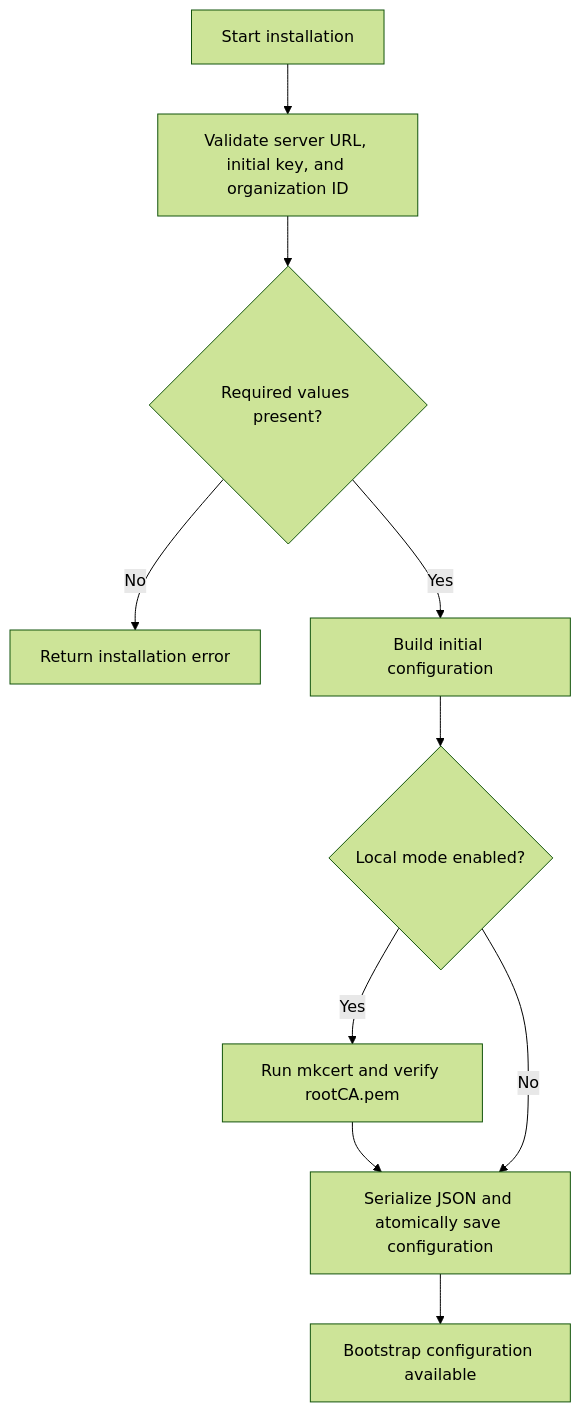
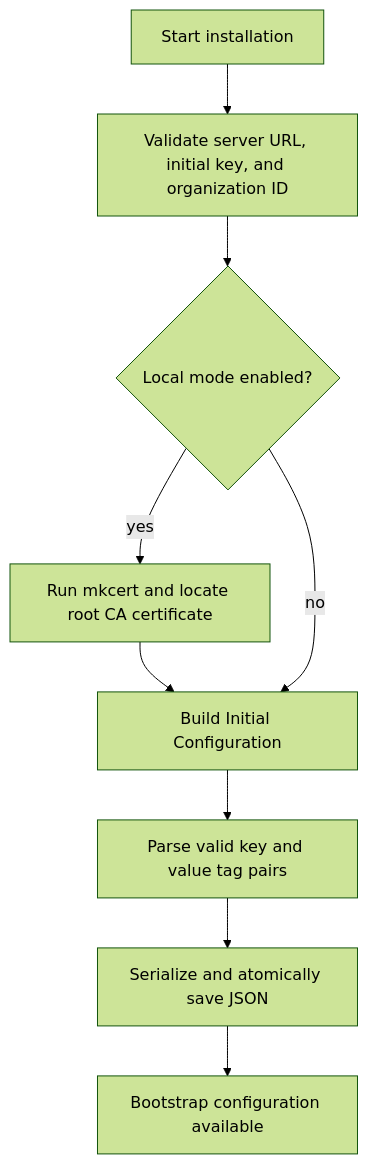
The second of 4 diagrams in docs/reference/architecture/openframe-client-core/model-initial-config/model-initial-config.md (flamingo-stack/openframe-oss-tenant), drawn with Mermaid (forest theme) before and after one commit. The commit also changed other lines of this file and 2377 other files, not shown here.

````diff
--- a/docs/reference/architecture/openframe-client-core/model-initial-config/model-initial-config.md
+++ b/docs/reference/architecture/openframe-client-core/model-initial-config/model-initial-config.md
@@ -71,12 +65,11 @@
 ```mermaid
 flowchart TD
     Start["Start installation"] --> Validate["Validate server URL, initial key, and organization ID"]
-    Validate --> Valid{"Required values present?"}
-    Valid -->|"No"| Failure["Return installation error"]
-    Valid -->|"Yes"| Build["Build initial configuration"]
-    Build --> LocalMode{"Local mode enabled?"}
-    LocalMode -->|"Yes"| Mkcert["Run mkcert and verify rootCA.pem"]
-    Mkcert --> Save["Serialize JSON and atomically save configuration"]
-    LocalMode -->|"No"| Save
-    Save --> Complete["Bootstrap configuration available"]
+    Validate --> LocalMode{"Local mode enabled?"}
+    LocalMode -->|"yes"| ResolveCa["Run mkcert and locate root CA certificate"]
+    ResolveCa --> Build["Build Initial Configuration"]
+    LocalMode -->|"no"| Build
+    Build --> ParseTags["Parse valid key and value tag pairs"]
+    ParseTags --> Save["Serialize and atomically save JSON"]
+    Save --> Ready["Bootstrap configuration available"]
 ```
````
